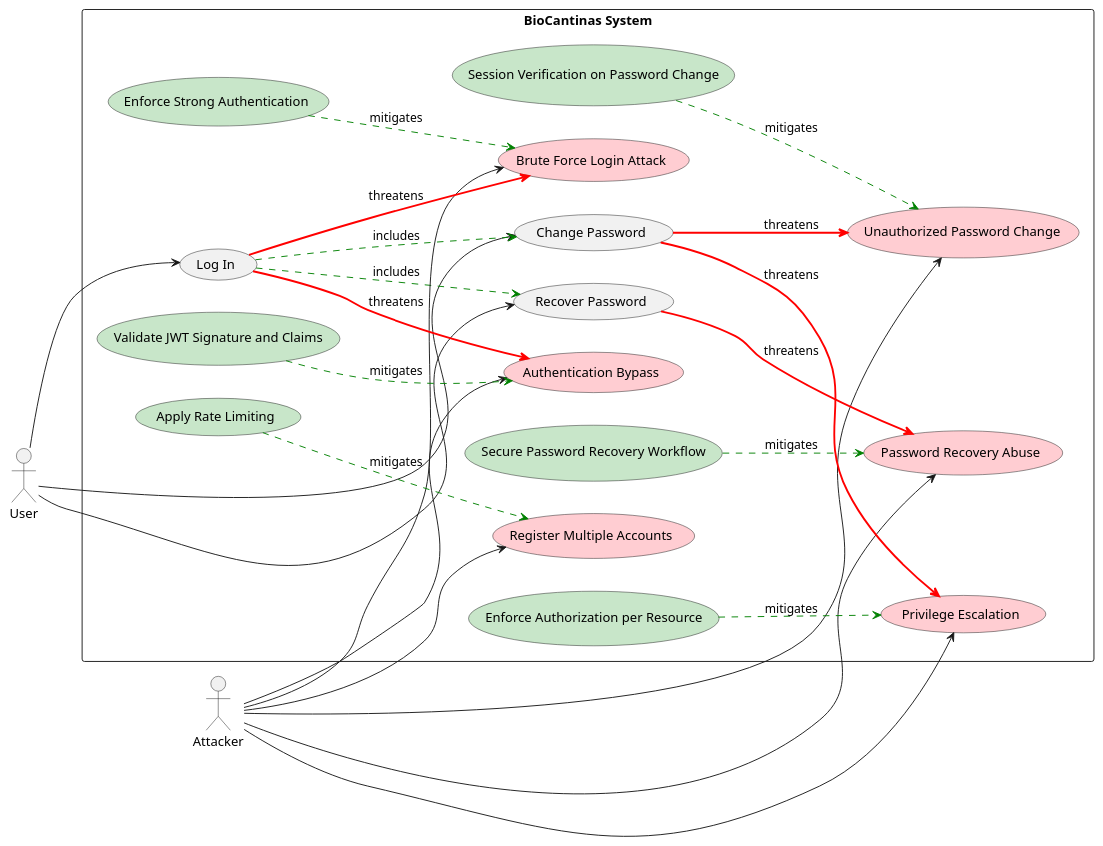
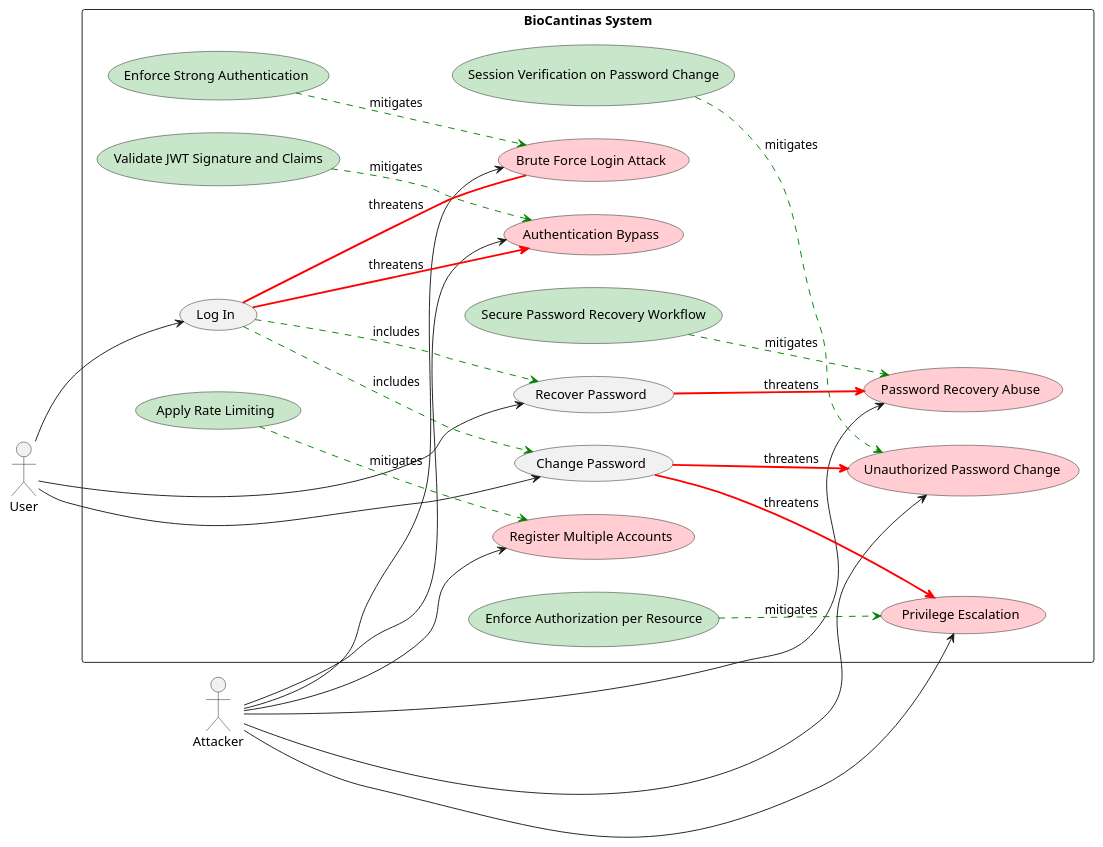
The diagram in Deliverables/phase1/diagrams/Abuse Cases/authAbuseCase.puml (mei-desofs/desofs2026-thu_ffs_1), drawn with PlantUML before and after one commit. The commit also changed 4 other files, not shown here.

```diff
--- a/Deliverables/phase1/diagrams/Abuse Cases/authAbuseCase.puml
+++ b/Deliverables/phase1/diagrams/Abuse Cases/authAbuseCase.puml
@@ -1,55 +1,55 @@
 @startuml
 left to right direction
 skinparam packageStyle rectangle
 
 actor User
 actor Attacker
 
 package "BioCantinas System" {
 
     usecase "Log In" as LoginUC
     usecase "Change Password" as ChangePasswordUC
     usecase "Recover Password" as RecoverPasswordUC
 
     usecase "Register Multiple Accounts" as RegisterAbuse #FFCDD2
     usecase "Brute Force Login Attack" as LoginAbuse #FFCDD2
     usecase "Unauthorized Password Change" as ChangePasswordAbuse #FFCDD2
     usecase "Password Recovery Abuse" as RecoveryAbuse #FFCDD2
     usecase "Authentication Bypass" as AuthBypassAbuse #FFCDD2
     usecase "Privilege Escalation" as PrivEscalationAbuse #FFCDD2
 
     usecase "Apply Rate Limiting" as RateLimitingMitigate #C8E6C9
     usecase "Enforce Strong Authentication" as StrongAuthMitigate #C8E6C9
     usecase "Session Verification on Password Change" as SessionVerifyMitigate #C8E6C9
     usecase "Secure Password Recovery Workflow" as SecureRecoveryMitigate #C8E6C9
     usecase "Validate JWT Signature and Claims" as JWTValidationMitigate #C8E6C9
     usecase "Enforce Authorization per Resource" as AuthorizationCheckMitigate #C8E6C9
 
     User --> LoginUC
     User --> ChangePasswordUC
-    User --> RecoverPasswordUC
+    User -> RecoverPasswordUC
 
     LoginUC .[#green].> ChangePasswordUC : includes
     LoginUC .[#green].> RecoverPasswordUC : includes
 
     Attacker --> RegisterAbuse
     Attacker --> LoginAbuse
     Attacker --> ChangePasswordAbuse
     Attacker --> RecoveryAbuse
     Attacker --> AuthBypassAbuse
     Attacker --> PrivEscalationAbuse
 
-    LoginUC -[#red,bold]-> LoginAbuse : threatens
+    LoginUC -[#red,bold]- LoginAbuse : threatens
     ChangePasswordUC -[#red,bold]-> ChangePasswordAbuse : threatens
     RecoverPasswordUC -[#red,bold]-> RecoveryAbuse : threatens
     LoginUC -[#red,bold]-> AuthBypassAbuse : threatens
     ChangePasswordUC -[#red,bold]-> PrivEscalationAbuse : threatens
 
     RateLimitingMitigate -[#green,dashed]-> RegisterAbuse : mitigates
     StrongAuthMitigate -[#green,dashed]-> LoginAbuse : mitigates
     SessionVerifyMitigate -[#green,dashed]-> ChangePasswordAbuse : mitigates
     SecureRecoveryMitigate -[#green,dashed]-> RecoveryAbuse : mitigates
     JWTValidationMitigate -[#green,dashed]-> AuthBypassAbuse : mitigates
     AuthorizationCheckMitigate -[#green,dashed]-> PrivEscalationAbuse : mitigates
 }
 @enduml
```
